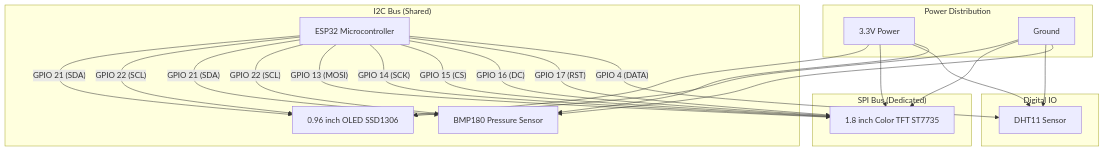
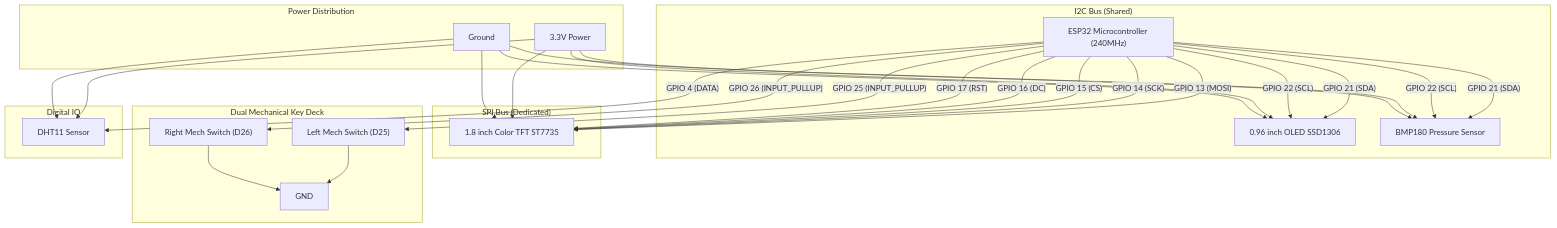
One commit to as-repo1/chaos-desky changed the diagram in README.md. Above: the diagram before and after it, drawn with Mermaid. The commit also changed other lines of this file and 14 other files, not shown here.

Commit message:
v1.8.0: Web Portal notification screen target setting & updated mechanical switch macro assignments

````diff
--- a/README.md
+++ b/README.md
@@ -49,34 +64,39 @@
 ```mermaid
 graph TD
-    ESP32["ESP32 Microcontroller"]
+    ESP32["ESP32 Microcontroller (240MHz)"]
 
     subgraph I2C_Bus ["I2C Bus (Shared)"]
         ESP32 -- "GPIO 21 (SDA)" --> OLED["0.96 inch OLED SSD1306"]
         ESP32 -- "GPIO 22 (SCL)" --> OLED
         ESP32 -- "GPIO 21 (SDA)" --> BMP["BMP180 Pressure Sensor"]
         ESP32 -- "GPIO 22 (SCL)" --> BMP
     end
 
     subgraph SPI_Bus ["SPI Bus (Dedicated)"]
         ESP32 -- "GPIO 13 (MOSI)" --> TFT["1.8 inch Color TFT ST7735"]
         ESP32 -- "GPIO 14 (SCK)"  --> TFT
         ESP32 -- "GPIO 15 (CS)"   --> TFT
         ESP32 -- "GPIO 16 (DC)"   --> TFT
         ESP32 -- "GPIO 17 (RST)"  --> TFT
+    end
+
+    subgraph Mechanical_Switches ["Dual Mechanical Key Deck"]
+        ESP32 -- "GPIO 25 (INPUT_PULLUP)" --> SW_LEFT["Left Mech Switch (D25)"] --> GND_SW["GND"]
+        ESP32 -- "GPIO 26 (INPUT_PULLUP)" --> SW_RIGHT["Right Mech Switch (D26)"] --> GND_SW
     end
 
     subgraph Digital_IO ["Digital IO"]
         ESP32 -- "GPIO 4 (DATA)"  --> DHT["DHT11 Sensor"]
     end
 
     subgraph Power_Dist ["Power Distribution"]
         3V3["3.3V Power"] --> OLED
         3V3 --> TFT
         3V3 --> DHT
         3V3 --> BMP
         GND["Ground"]     --> OLED
         GND --> TFT
         GND --> DHT
         GND --> BMP
     end
 ```
````
